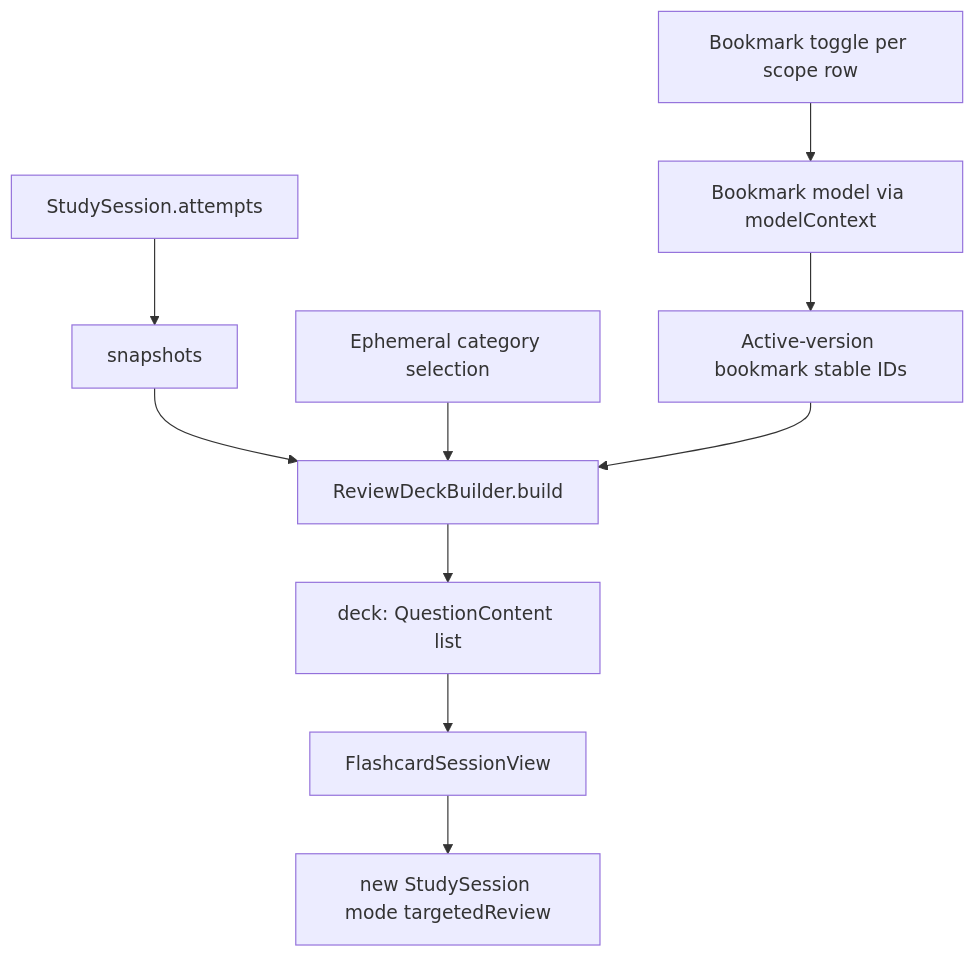
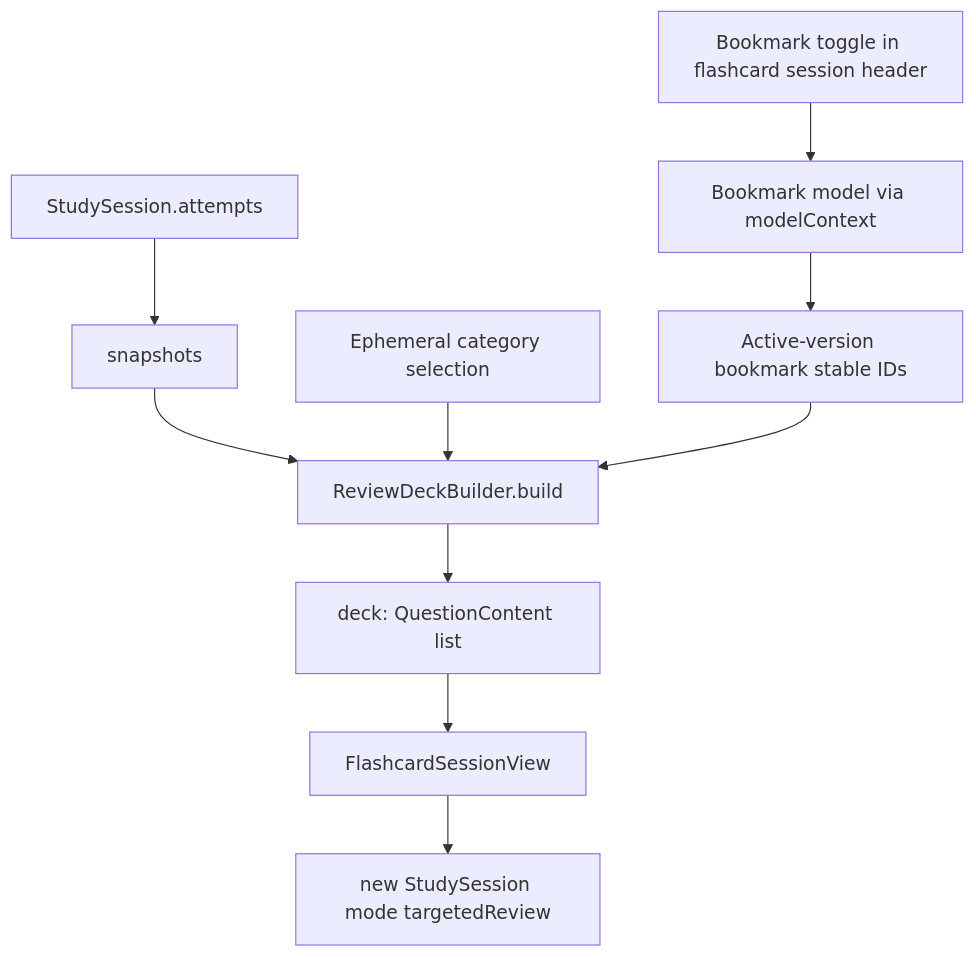
One commit to AD-Paladins/SwiftyCitizen changed the diagram in docs/architecture/flow-targeted-review.md. Above: the diagram before and after it, drawn with Mermaid. The commit also changed other lines of this file and 2 other files, not shown here.

Commit message:
docs(architecture): reflect bookmark toggle in session header, Home deep-link, tab-switch guard

````diff
--- a/docs/architecture/flow-targeted-review.md
+++ b/docs/architecture/flow-targeted-review.md
@@ -48,12 +47,12 @@
 ```mermaid
 flowchart TD
     A[StudySession.attempts] --> B[snapshots]
     B --> C[ReviewDeckBuilder.build]
     Cat[Ephemeral category selection] --> C
     Bk[Active-version bookmark stable IDs] --> C
     C --> D[deck: QuestionContent list]
     D --> E[FlashcardSessionView]
     E --> F[new StudySession mode targetedReview]
-    T[Bookmark toggle per scope row] --> M[Bookmark model via modelContext]
+    H[Bookmark toggle in flashcard session header] --> M[Bookmark model via modelContext]
     M --> Bk
 ```
````
